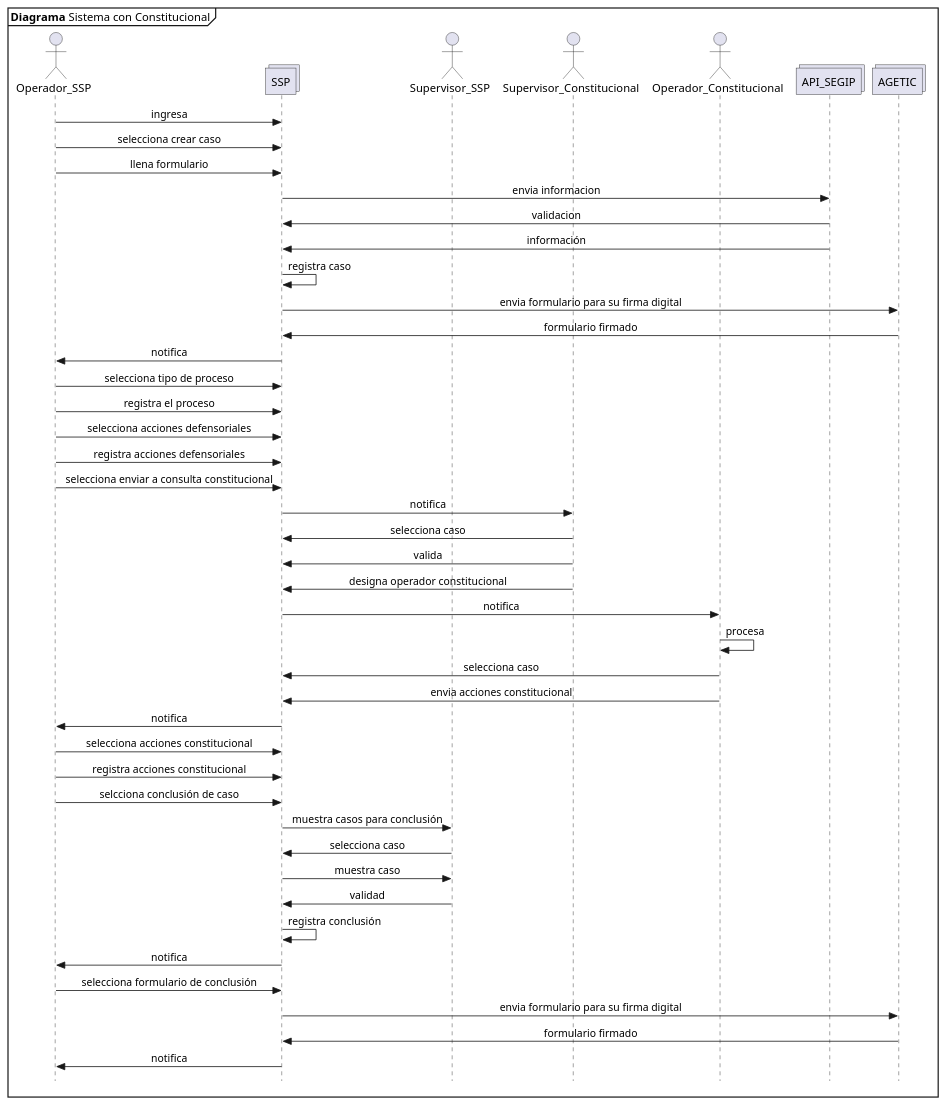
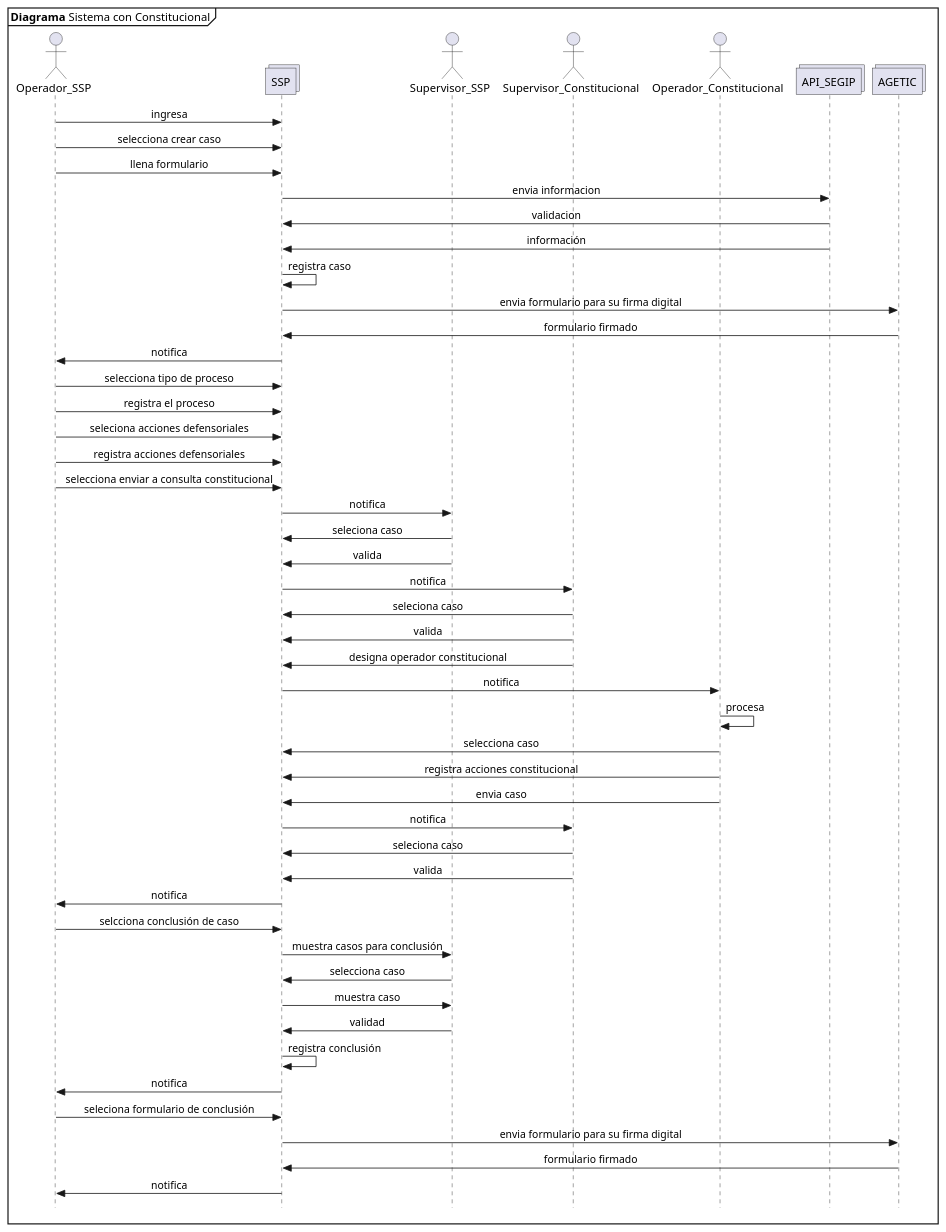
Before and after one commit to n1m0d0/defdiag: the diagram in propuesta SSP/07 registro de casos con constitucional.plantuml, drawn with PlantUML. The commit also changed 4 other files, not shown here.

Commit message:
ajuste al diagramas 7 y 7_1, creacion de dos nuevos registros  y el flujo actualizado

```diff
--- a/propuesta SSP/07 registro de casos con constitucional.plantuml
+++ b/propuesta SSP/07 registro de casos con constitucional.plantuml
@@ -1,53 +1,58 @@
 @startuml Diagrama_Sistema
 skinparam Style strictuml
 skinparam SequenceMessageAlignment center
 
 mainframe **Diagrama** Sistema con Constitucional
 
 actor Operador_SSP as opssp
 collections SSP
 actor Supervisor_SSP as supssp
 actor Supervisor_Constitucional as supconsti
 actor Operador_Constitucional as opconsti
 collections API_SEGIP as segip
 collections AGETIC as agetic
 
 opssp->SSP: ingresa
 opssp->SSP: selecciona crear caso
 opssp->SSP: llena formulario
 SSP->segip: envia informacion
 segip->SSP: validacion
 segip->SSP: información
 SSP->SSP: registra caso
 SSP->agetic: envia formulario para su firma digital
 agetic->SSP: formulario firmado 
 SSP->opssp: notifica
 opssp->SSP: selecciona tipo de proceso
 opssp->SSP: registra el proceso
-opssp->SSP: selecciona acciones defensoriales
+opssp->SSP: seleciona acciones defensoriales
 opssp->SSP: registra acciones defensoriales
 opssp->SSP: selecciona enviar a consulta constitucional
+SSP->supssp: notifica
+supssp->SSP: seleciona caso
+supssp->SSP: valida
 SSP->supconsti: notifica
-supconsti->SSP: selecciona caso
+supconsti->SSP: seleciona caso
 supconsti->SSP: valida
 supconsti->SSP: designa operador constitucional
 SSP->opconsti: notifica
 opconsti->opconsti: procesa
 opconsti->SSP: selecciona caso
-opconsti->SSP: envia acciones constitucional
+opconsti->SSP: registra acciones constitucional
+opconsti->SSP: envia caso
+SSP->supconsti: notifica
+supconsti->SSP: seleciona caso
+supconsti->SSP: valida
 SSP->opssp: notifica
-opssp->SSP: selecciona acciones constitucional
-opssp->SSP: registra acciones constitucional
 opssp->SSP: selcciona conclusión de caso
 SSP->supssp: muestra casos para conclusión
 supssp->SSP: selecciona caso
 SSP->supssp: muestra caso
 supssp->SSP: validad
 SSP->SSP: registra conclusión
 SSP->opssp: notifica
-opssp->SSP: selecciona formulario de conclusión
+opssp->SSP: seleciona formulario de conclusión
 SSP->agetic: envia formulario para su firma digital
 agetic->SSP: formulario firmado
 SSP->opssp: notifica
 
 @enduml
```
